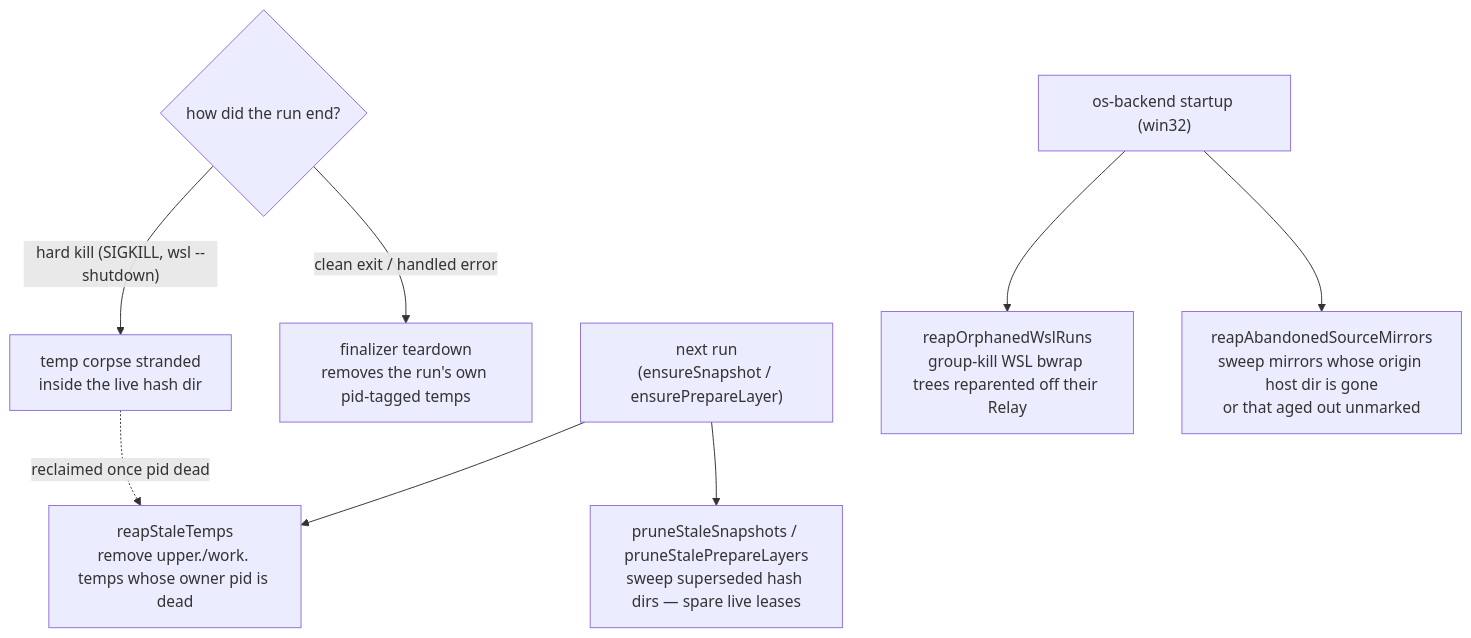
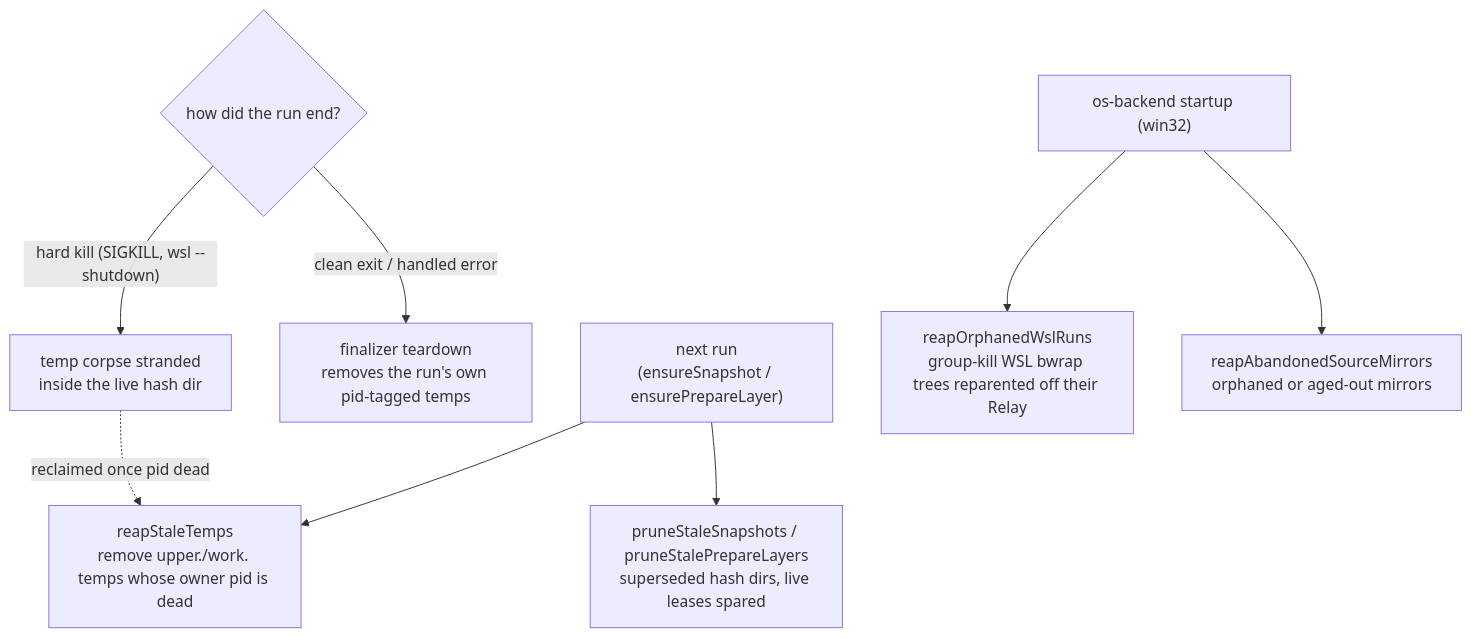
One commit to Esposter/Esposter changed the diagram in packages/app/content/docs/virrun/cache.md. Above: the diagram before and after it, drawn with Mermaid. The commit also changed 8 other files, not shown here.

First line of the commit message:
docs(diagrams): sweep esbabbler/ and virrun/

````diff
--- a/packages/app/content/docs/virrun/cache.md
+++ b/packages/app/content/docs/virrun/cache.md
@@ -45,13 +45,13 @@
 ```mermaid
 flowchart TB
     exit{"how did the run end?"}
     exit -->|"clean exit / handled error"| fin["finalizer teardown<br/>removes the run's own pid-tagged temps"]
     exit -->|"hard kill (SIGKILL, wsl --shutdown)"| corpse["temp corpse stranded<br/>inside the live hash dir"]
 
-    next["next run<br/>(ensureSnapshot / ensurePrepareLayer)"] --> prune["pruneStaleSnapshots / pruneStalePrepareLayers<br/>sweep superseded hash dirs — spare live leases"]
+    next["next run<br/>(ensureSnapshot / ensurePrepareLayer)"] --> prune["pruneStaleSnapshots / pruneStalePrepareLayers<br/>superseded hash dirs, live leases spared"]
     next --> reap["reapStaleTemps<br/>remove upper./work. temps whose owner pid is dead"]
     corpse -.->|"reclaimed once pid dead"| reap
 
-    startup["os-backend startup (win32)"] --> mirrors["reapAbandonedSourceMirrors<br/>sweep mirrors whose origin host dir is gone<br/>or that aged out unmarked"]
+    startup["os-backend startup (win32)"] --> mirrors["reapAbandonedSourceMirrors<br/>orphaned or aged-out mirrors"]
     startup --> orphans["reapOrphanedWslRuns<br/>group-kill WSL bwrap trees reparented off their Relay"]
 ```
````
